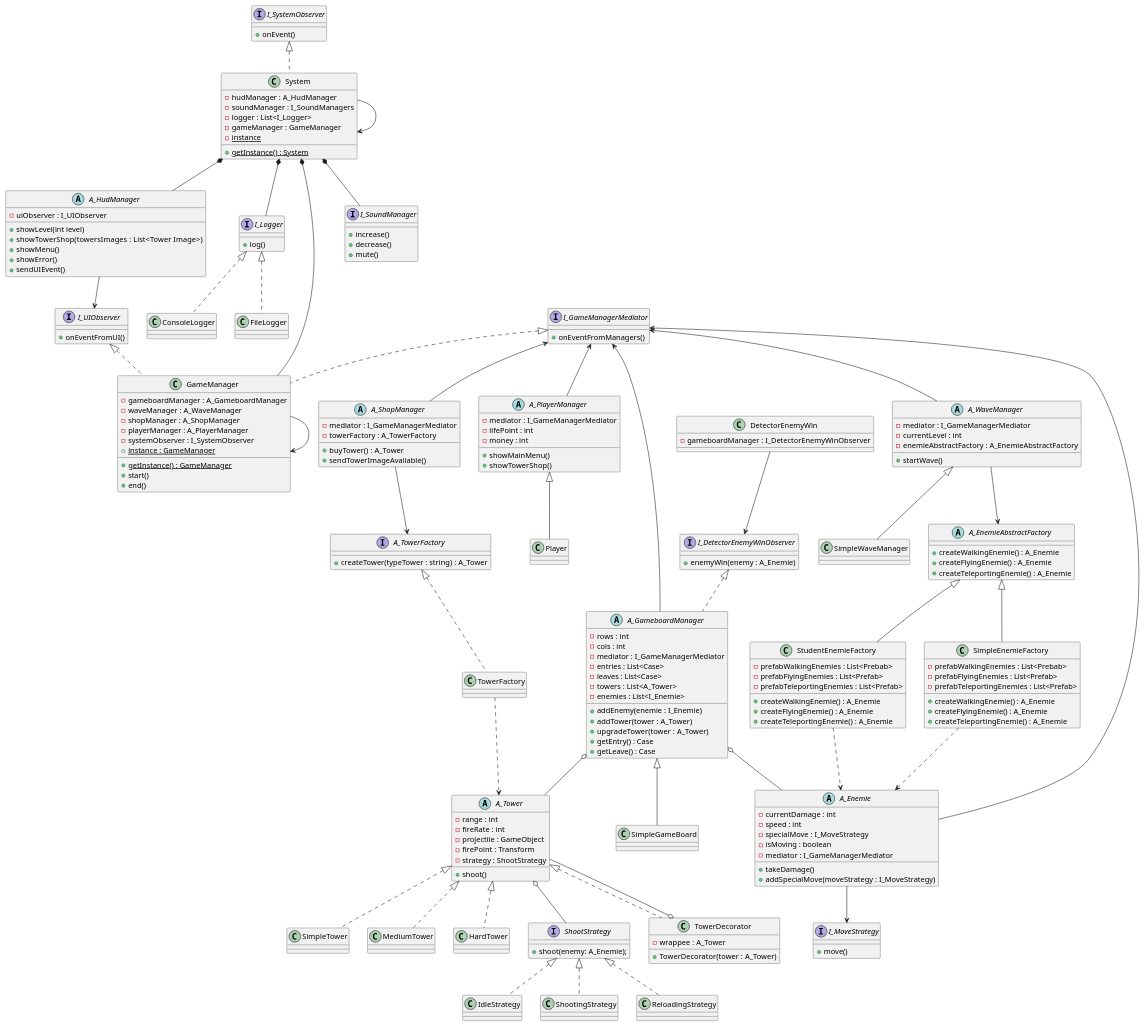
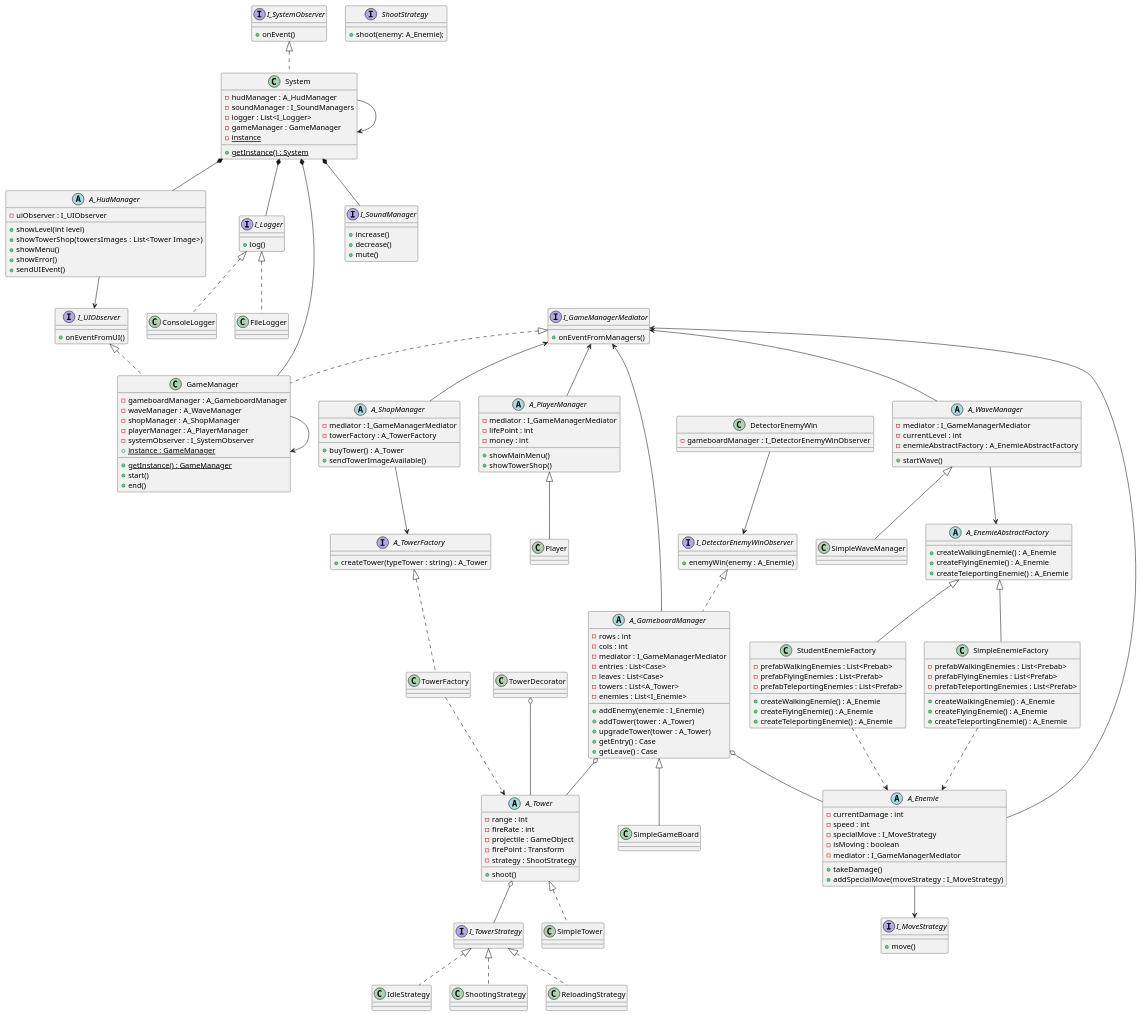
One commit to bobylatruffe/tower_defense changed the diagram in uml.plantuml. Above: the diagram before and after it, drawn with PlantUML. The commit also changed 6 other files, not shown here.

```diff
--- a/uml.plantuml
+++ b/uml.plantuml
@@ -192,19 +192,6 @@
     
 }
 
-class MediumTower implements A_Tower {
-    
-}
-
-class HardTower implements A_Tower {
-    
-}
-
-class TowerDecorator implements A_Tower {
-    - wrappee : A_Tower
-    + TowerDecorator(tower : A_Tower)
-}
-
 interface I_MoveStrategy {
     + move()
 }
@@ -230,19 +217,19 @@
     + shoot(enemy: A_Enemie);
 }
 
-class IdleStrategy implements ShootStrategy {
+class IdleStrategy implements I_TowerStrategy {
     
 }
 
-class ShootingStrategy implements ShootStrategy {
+class ShootingStrategy implements I_TowerStrategy {
     
 }
 
-class ReloadingStrategy implements ShootStrategy {
+class ReloadingStrategy implements I_TowerStrategy {
     
 }
 
-A_Tower o-- ShootStrategy
+A_Tower o-- I_TowerStrategy
 
 class Player extends A_PlayerManager {
     
```
